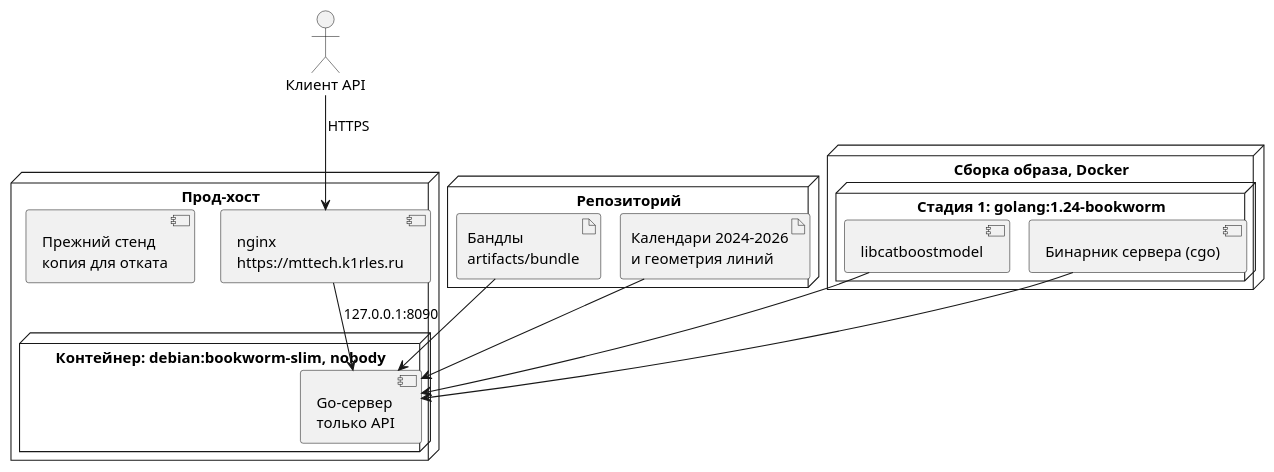
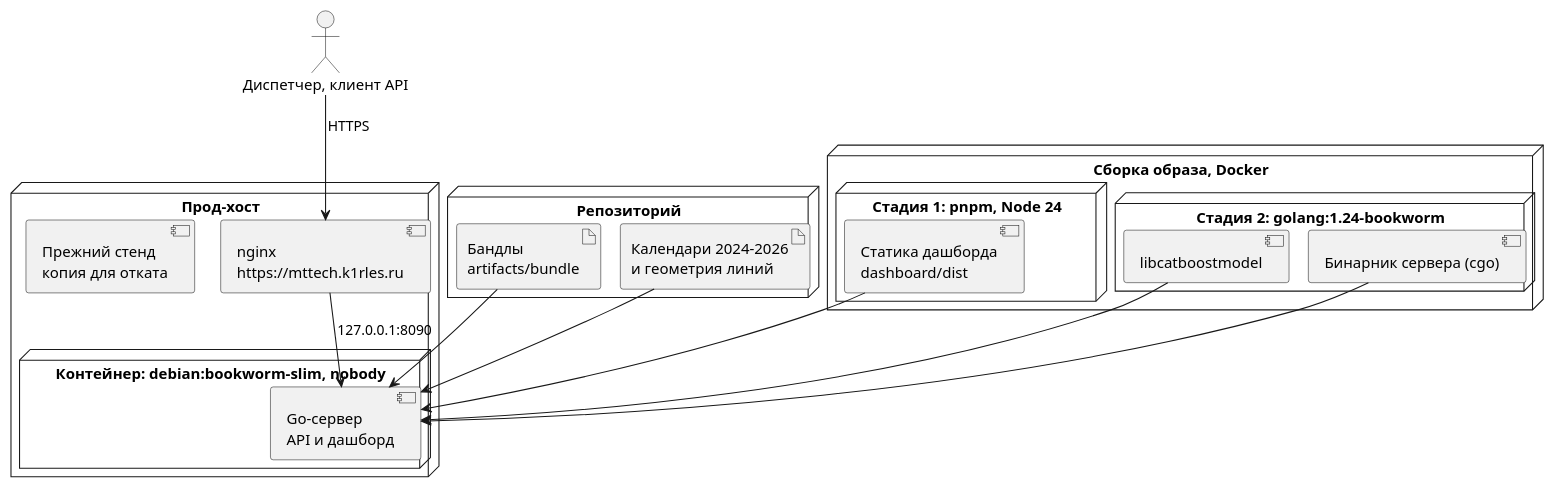
The diagram in final/docs/diagrams/deployment.puml (George573/trans_predicting), drawn with PlantUML before and after one commit. The commit also changed 12 other files, not shown here.

```diff
--- a/final/docs/diagrams/deployment.puml
+++ b/final/docs/diagrams/deployment.puml
@@ -1,29 +1,33 @@
 @startuml
 !pragma layout smetana
 skinparam shadowing false
 skinparam defaultFontName Helvetica
 node "Репозиторий" as repo {
   artifact "Бандлы\nartifacts/bundle" as bnd
   artifact "Календари 2024-2026\nи геометрия линий" as ref
 }
 node "Сборка образа, Docker" {
-  node "Стадия 1: golang:1.24-bookworm" as s1 {
+  node "Стадия 1: pnpm, Node 24" as s0 {
+    component "Статика дашборда\ndashboard/dist" as web
+  }
+  node "Стадия 2: golang:1.24-bookworm" as s1 {
     component "libcatboostmodel" as lib
     component "Бинарник сервера (cgo)" as bin
   }
 }
 node "Прод-хост" as host {
   component "nginx\nhttps://mttech.k1rles.ru" as nginx
   component "Прежний стенд\nкопия для отката" as old
   node "Контейнер: debian:bookworm-slim, nobody" as run {
-    component "Go-сервер\nтолько API" as srv
+    component "Go-сервер\nAPI и дашборд" as srv
   }
 }
-actor "Клиент API" as cl
+actor "Диспетчер, клиент API" as cl
 lib --> srv
 bin --> srv
+web --> srv
 bnd --> srv
 ref --> srv
 cl --> nginx : HTTPS
 nginx --> srv : 127.0.0.1:8090
 @enduml
```
